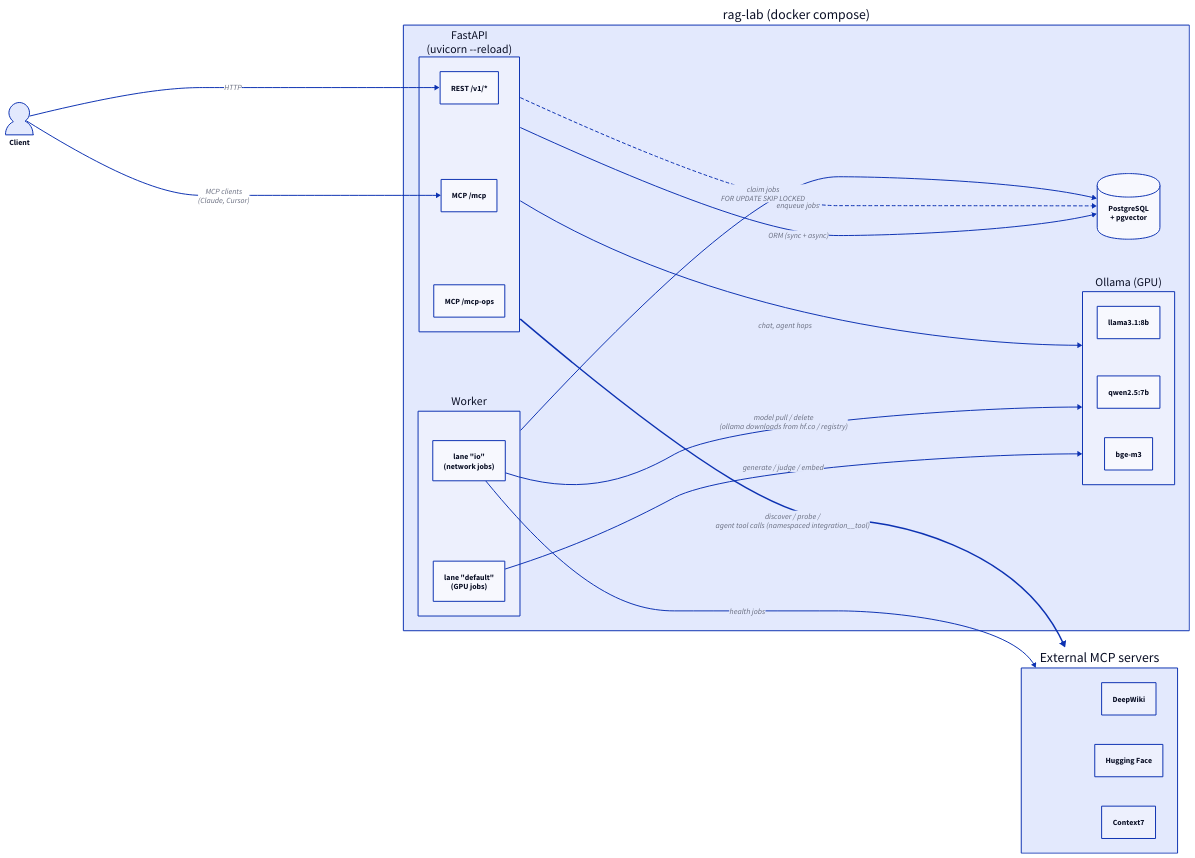
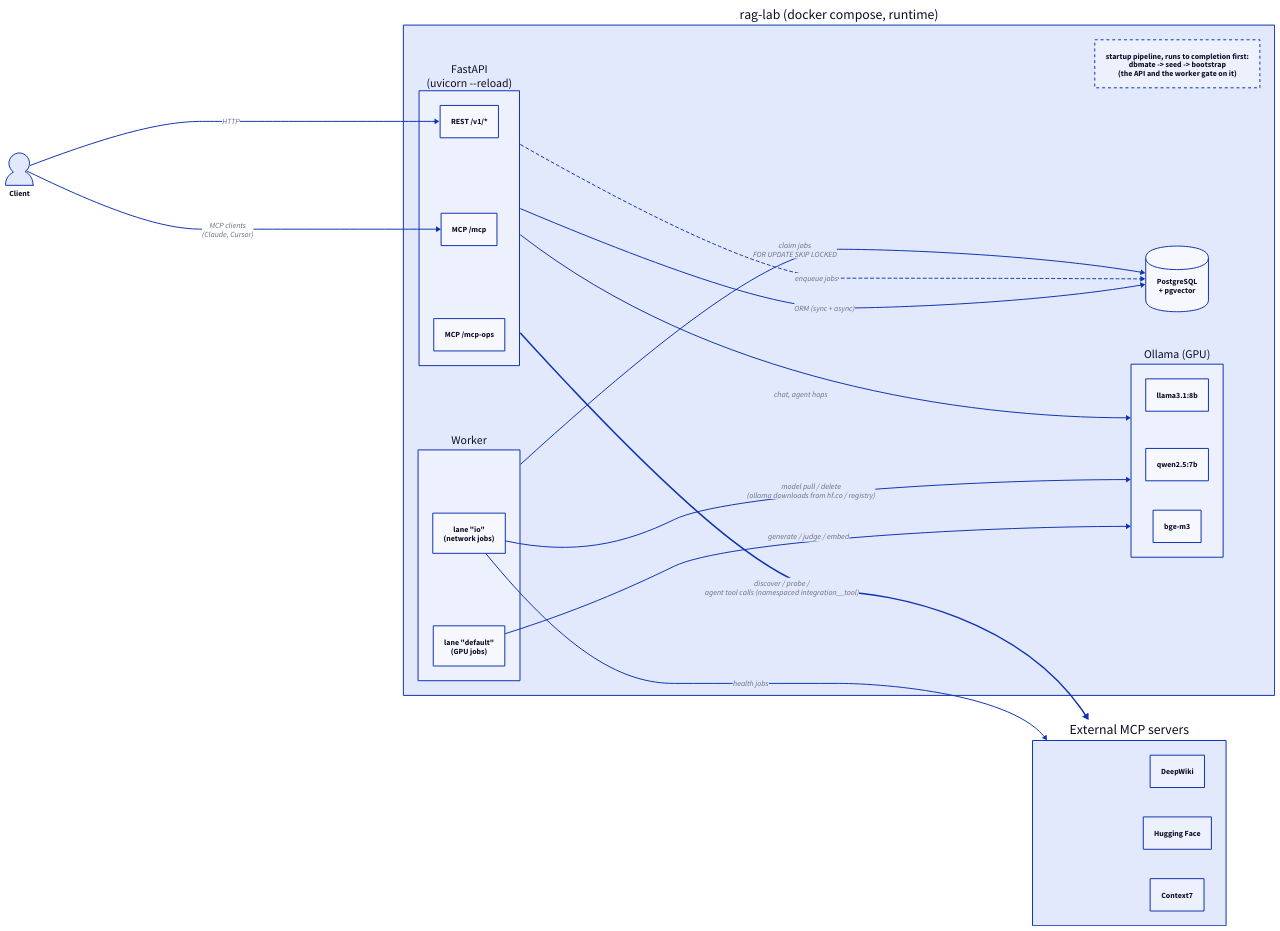
Before and after one commit to rikitikitav1/rag-lab: the diagram in docs/diagrams/architecture.d2, drawn with D2. The commit also changed 38 other files, not shown here.

```diff
--- a/docs/diagrams/architecture.d2
+++ b/docs/diagrams/architecture.d2
@@ -1,50 +1,54 @@
 direction: right
 
 client: Client {
   shape: person
 }
 
-lab: rag-lab (docker compose) {
+lab: rag-lab (docker compose, runtime) {
+  boot: "startup pipeline, runs to completion first:\ndbmate -> seed -> bootstrap\n(the API and the worker gate on it)" {
+    style.stroke-dash: 3
+  }
+
   api: FastAPI\n(uvicorn --reload) {
     rest: REST /v1/*
     mcp: MCP /mcp
     ops: MCP /mcp-ops
   }
 
   worker: Worker {
     default: lane "default"\n(GPU jobs)
     io: lane "io"\n(network jobs)
   }
 
   postgres: PostgreSQL\n+ pgvector {
     shape: cylinder
   }
 
   ollama: Ollama (GPU) {
     gen: llama3.1:8b
     judge: qwen2.5:7b
     embed: bge-m3
   }
 }
 
 external: External MCP servers {
   deepwiki: DeepWiki
   hf: Hugging Face
   context7: Context7
 }
 
 client -> lab.api.rest: HTTP
 client -> lab.api.mcp: MCP clients\n(Claude, Cursor)
 
 lab.api -> lab.postgres: ORM (sync + async)
 lab.api -> lab.postgres: enqueue jobs {style.stroke-dash: 3}
 lab.worker -> lab.postgres: claim jobs\nFOR UPDATE SKIP LOCKED
 
 lab.worker.default -> lab.ollama: generate / judge / embed
 lab.worker.io -> lab.ollama: model pull / delete\n(ollama downloads from hf.co / registry)
 lab.api -> lab.ollama: chat, agent hops
 
 lab.worker.io -> external: health jobs
 lab.api -> external: discover / probe /\nagent tool calls (namespaced integration__tool) {
   style.stroke-width: 3
 }
```
